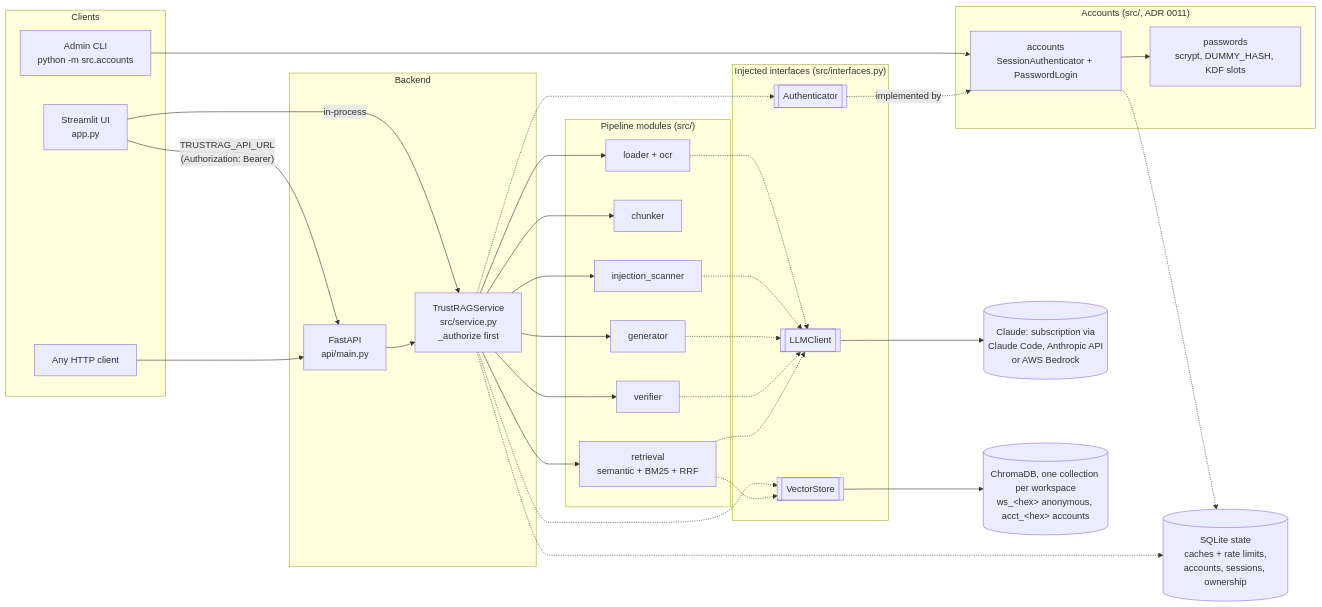
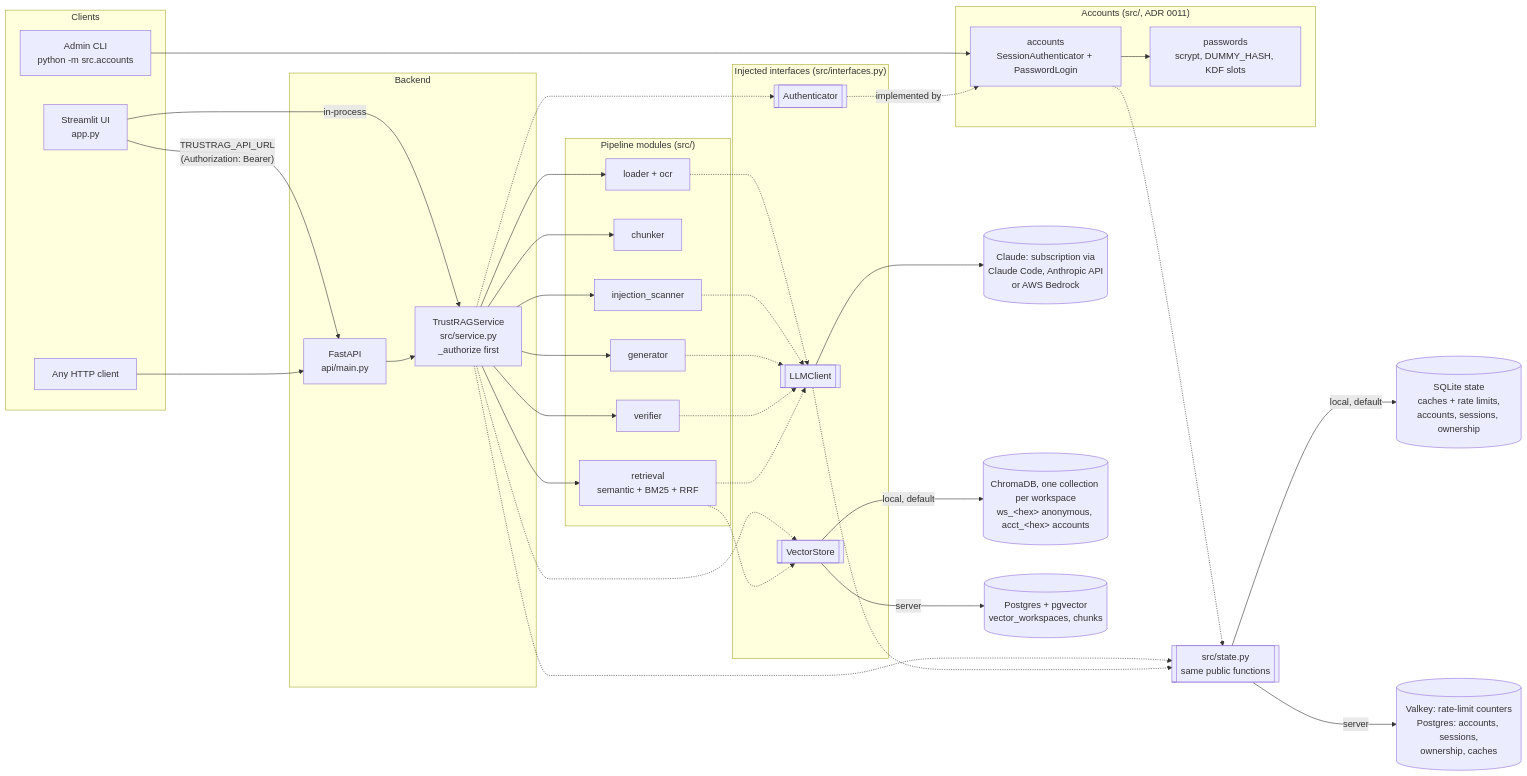
One commit to Adi-2494/trustrag changed the first of 7 diagrams in ARCHITECTURE.md. Above: the diagram before and after it, drawn with Mermaid. The commit also changed other lines of this file and 59 other files, not shown here.

````diff
--- a/ARCHITECTURE.md
+++ b/ARCHITECTURE.md
@@ -9,42 +9,45 @@
 ```mermaid
 flowchart LR
     subgraph Clients
         UI[Streamlit UI<br/>app.py]
         HTTP[Any HTTP client]
         CLI["Admin CLI<br/>python -m src.accounts"]
     end
     subgraph Backend
         API[FastAPI<br/>api/main.py]
         SVC[TrustRAGService<br/>src/service.py<br/>_authorize first]
     end
     subgraph Accounts["Accounts (src/, ADR 0011)"]
         ACC[accounts<br/>SessionAuthenticator + PasswordLogin]
         PW[passwords<br/>scrypt, DUMMY_HASH, KDF slots]
     end
     subgraph Pipeline["Pipeline modules (src/)"]
         LOAD[loader + ocr]
         CHUNK[chunker]
         SCAN[injection_scanner]
         RET[retrieval<br/>semantic + BM25 + RRF]
         GEN[generator]
         VER[verifier]
     end
     subgraph Ports["Injected interfaces (src/interfaces.py)"]
         LLM[[LLMClient]]
         VS[[VectorStore]]
         AUTH[[Authenticator]]
     end
     UI -- in-process --> SVC
     UI -- "TRUSTRAG_API_URL<br/>(Authorization: Bearer)" --> API
     HTTP --> API --> SVC
     CLI --> ACC
     SVC --> LOAD & CHUNK & SCAN & RET & GEN & VER
     LOAD & SCAN & GEN & VER & RET -.-> LLM
     SVC & RET -.-> VS
     SVC -.-> AUTH
     AUTH -. implemented by .-> ACC
     ACC --> PW
     LLM --> CLAUDE[(Claude: subscription via<br/>Claude Code, Anthropic API<br/>or AWS Bedrock)]
-    VS --> CHROMA[(ChromaDB, one collection per workspace<br/>ws_&lt;hex&gt; anonymous, acct_&lt;hex&gt; accounts)]
-    SVC & ACC -.-> STATE[(SQLite state<br/>caches + rate limits,<br/>accounts, sessions, ownership)]
+    VS -->|local, default| CHROMA[(ChromaDB, one collection per workspace<br/>ws_&lt;hex&gt; anonymous, acct_&lt;hex&gt; accounts)]
+    VS -->|server| PGV[(Postgres + pgvector<br/>vector_workspaces, chunks)]
+    SVC & ACC & LLM -.-> STATE[[src/state.py<br/>same public functions]]
+    STATE -->|local, default| SQLITE[(SQLite state<br/>caches + rate limits,<br/>accounts, sessions, ownership)]
+    STATE -->|server| SRV[(Valkey: rate-limit counters<br/>Postgres: accounts, sessions,<br/>ownership, caches)]
 ```
````
